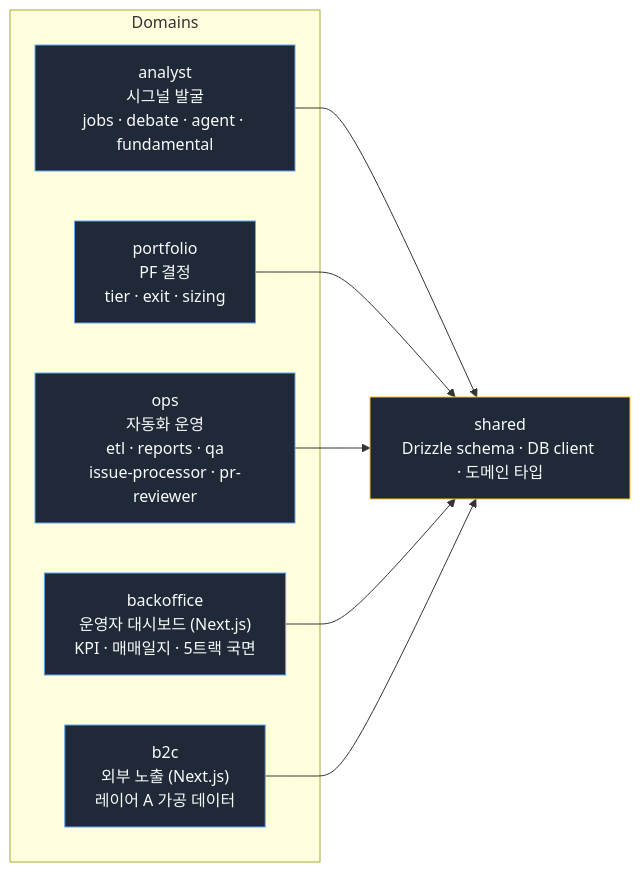
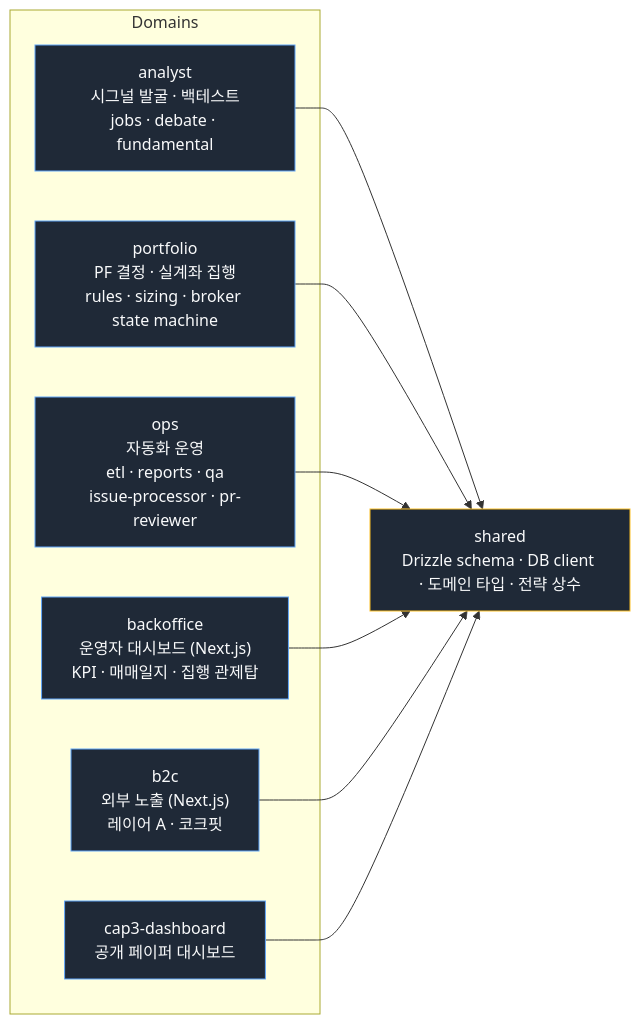
Before and after one commit to sossost/market-analyst-showcase: the first of 2 diagrams in docs/architecture.md, drawn with Mermaid. The commit also changed other lines of this file and 6 other files, not shown here.

````diff
--- a/docs/architecture.md
+++ b/docs/architecture.md
@@ -14,22 +15,24 @@
 ```mermaid
 flowchart LR
     subgraph Domains
-        A["analyst<br/>시그널 발굴<br/>jobs · debate · agent · fundamental"]
-        P["portfolio<br/>PF 결정<br/>tier · exit · sizing"]
+        A["analyst<br/>시그널 발굴 · 백테스트<br/>jobs · debate · fundamental"]
+        P["portfolio<br/>PF 결정 · 실계좌 집행<br/>rules · sizing · broker state machine"]
         O["ops<br/>자동화 운영<br/>etl · reports · qa<br/>issue-processor · pr-reviewer"]
-        B["backoffice<br/>운영자 대시보드 (Next.js)<br/>KPI · 매매일지 · 5트랙 국면"]
-        C["b2c<br/>외부 노출 (Next.js)<br/>레이어 A 가공 데이터"]
+        B["backoffice<br/>운영자 대시보드 (Next.js)<br/>KPI · 매매일지 · 집행 관제탑"]
+        C["b2c<br/>외부 노출 (Next.js)<br/>레이어 A · 코크핏"]
+        D["cap3-dashboard<br/>공개 페이퍼 대시보드"]
     end
-    S["shared<br/>Drizzle schema · DB client · 도메인 타입"]
+    S["shared<br/>Drizzle schema · DB client · 도메인 타입 · 전략 상수"]
 
     A --> S
     P --> S
     O --> S
     B --> S
     C --> S
+    D --> S
 
     classDef domain fill:#1f2937,stroke:#60a5fa,color:#f9fafb
     classDef shared fill:#1f2937,stroke:#fbbf24,color:#f9fafb
-    class A,P,O,B,C domain
+    class A,P,O,B,C,D domain
     class S shared
 ```
````
